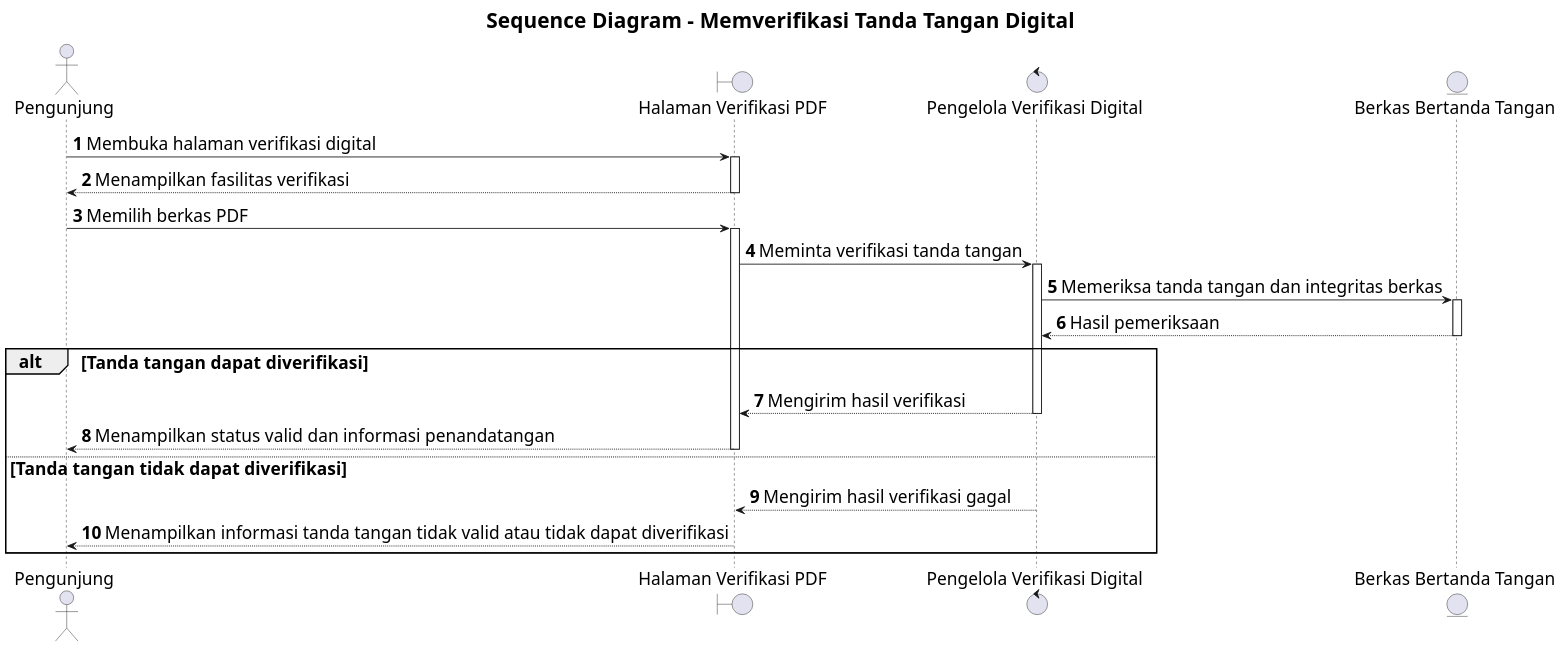
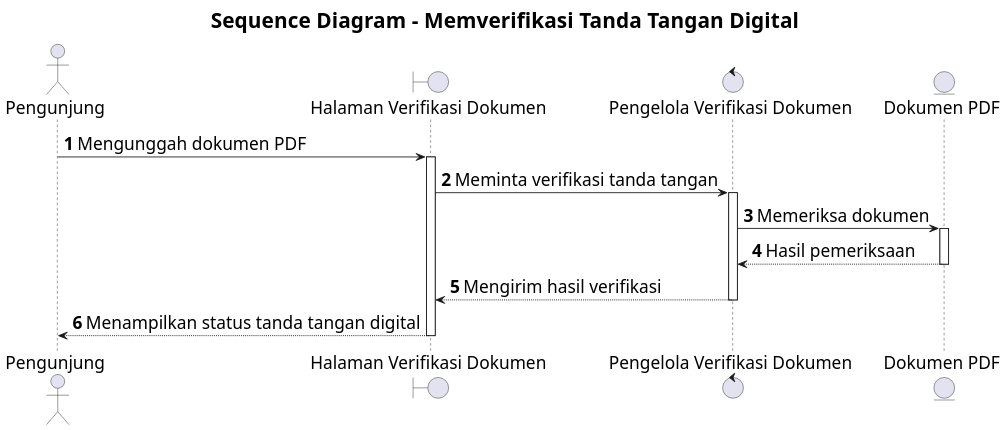
Before and after one commit to howlil/sop-generate-app: the diagram in docs/sequence/lampiran/pengunjung-memverifikasi-tanda-tangan-digital.md, drawn with PlantUML. The commit also changed other lines of this file and 20 other files, not shown here.

Commit message:
docs(sequence): simplify interaction detail across use cases

````diff
--- a/docs/sequence/lampiran/pengunjung-memverifikasi-tanda-tangan-digital.md
+++ b/docs/sequence/lampiran/pengunjung-memverifikasi-tanda-tangan-digital.md
@@ -16,32 +16,24 @@
 ```plantuml
 @startuml
 skinparam defaultFontSize 20
 skinparam titleFontSize 24
 skinparam dpi 160
 
 title Sequence Diagram - Memverifikasi Tanda Tangan Digital
 autonumber
 autoactivate on
 
 actor "Pengunjung" as A
-boundary "Halaman Verifikasi PDF" as B
-control "Pengelola Verifikasi Digital" as C
-entity "Berkas Bertanda Tangan" as D
+boundary "Halaman Verifikasi Dokumen" as B
+control "Pengelola Verifikasi Dokumen" as C
+entity "Dokumen PDF" as D
 
-A -> B : Membuka halaman verifikasi digital
-B --> A : Menampilkan fasilitas verifikasi
-A -> B : Memilih berkas PDF
+A -> B : Mengunggah dokumen PDF
 B -> C : Meminta verifikasi tanda tangan
-C -> D : Memeriksa tanda tangan dan integritas berkas
+C -> D : Memeriksa dokumen
 D --> C : Hasil pemeriksaan
-
-alt Tanda tangan dapat diverifikasi
-  C --> B : Mengirim hasil verifikasi
-  B --> A : Menampilkan status valid dan informasi penandatangan
-else Tanda tangan tidak dapat diverifikasi
-  C --> B : Mengirim hasil verifikasi gagal
-  B --> A : Menampilkan informasi tanda tangan tidak valid atau tidak dapat diverifikasi
-end
+C --> B : Mengirim hasil verifikasi
+B --> A : Menampilkan status tanda tangan digital
 
 @enduml
 ```
````
